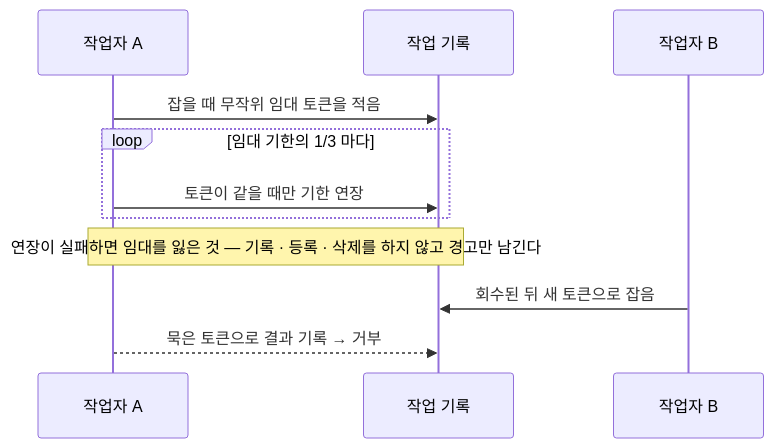
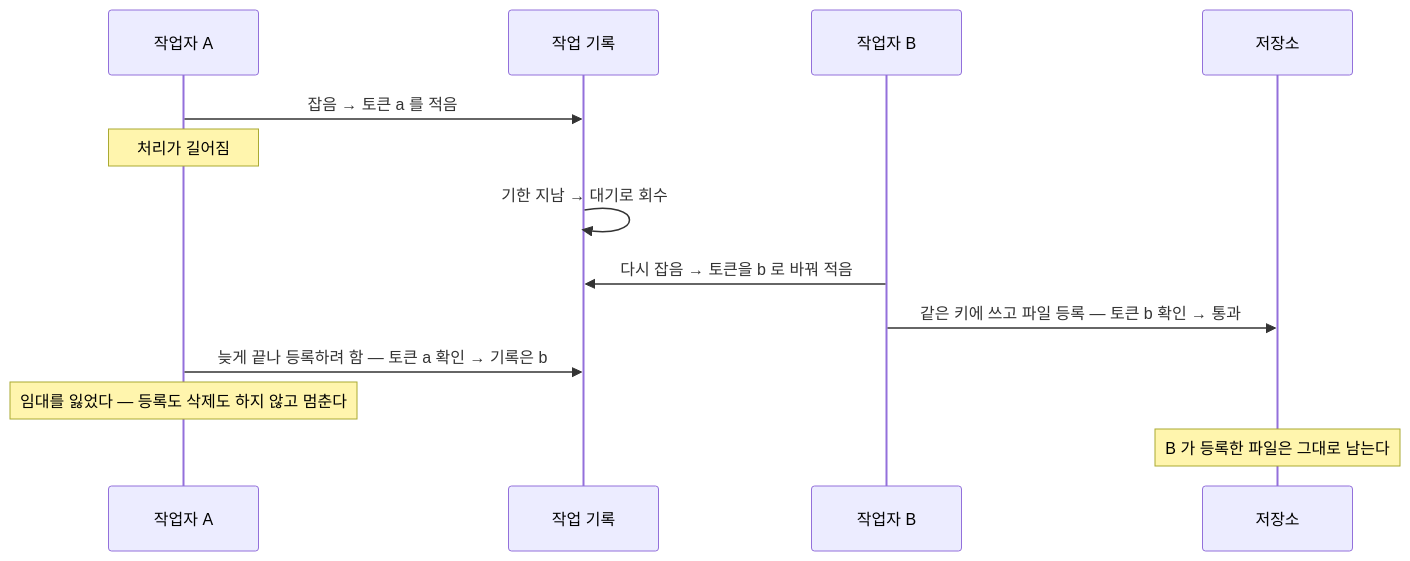
The diagram in src/content/features/files/job-queue/diagram-3.mmd (06171002/06171002.github.io), drawn with Mermaid before and after one commit. The commit also changed 10 other files, not shown here.

```diff
--- a/src/content/features/files/job-queue/diagram-3.mmd
+++ b/src/content/features/files/job-queue/diagram-3.mmd
@@ -1,11 +1,13 @@
 sequenceDiagram
     participant a as 작업자 A
     participant q as 작업 기록
     participant b as 작업자 B
-    a->>q: 잡을 때 무작위 임대 토큰을 적음
-    loop 임대 기한의 1/3 마다
-        a->>q: 토큰이 같을 때만 기한 연장
-    end
-    Note over a,q: 연장이 실패하면 임대를 잃은 것 — 기록 · 등록 · 삭제를 하지 않고 경고만 남긴다
-    b->>q: 회수된 뒤 새 토큰으로 잡음
-    a-->>q: 묵은 토큰으로 결과 기록 → 거부
+    participant st as 저장소
+    a->>q: 잡음 → 토큰 a 를 적음
+    Note over a: 처리가 길어짐
+    q->>q: 기한 지남 → 대기로 회수
+    b->>q: 다시 잡음 → 토큰을 b 로 바꿔 적음
+    b->>st: 같은 키에 쓰고 파일 등록 — 토큰 b 확인 → 통과
+    a->>q: 늦게 끝나 등록하려 함 — 토큰 a 확인 → 기록은 b
+    Note over a: 임대를 잃었다 — 등록도 삭제도 하지 않고 멈춘다
+    Note over st: B 가 등록한 파일은 그대로 남는다
```
